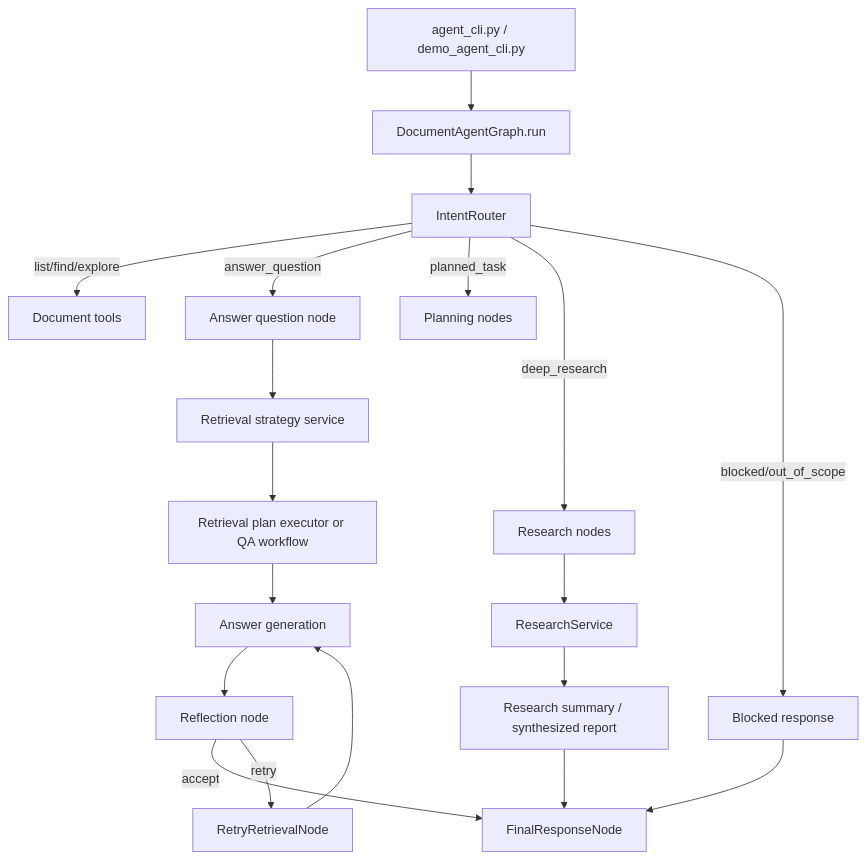
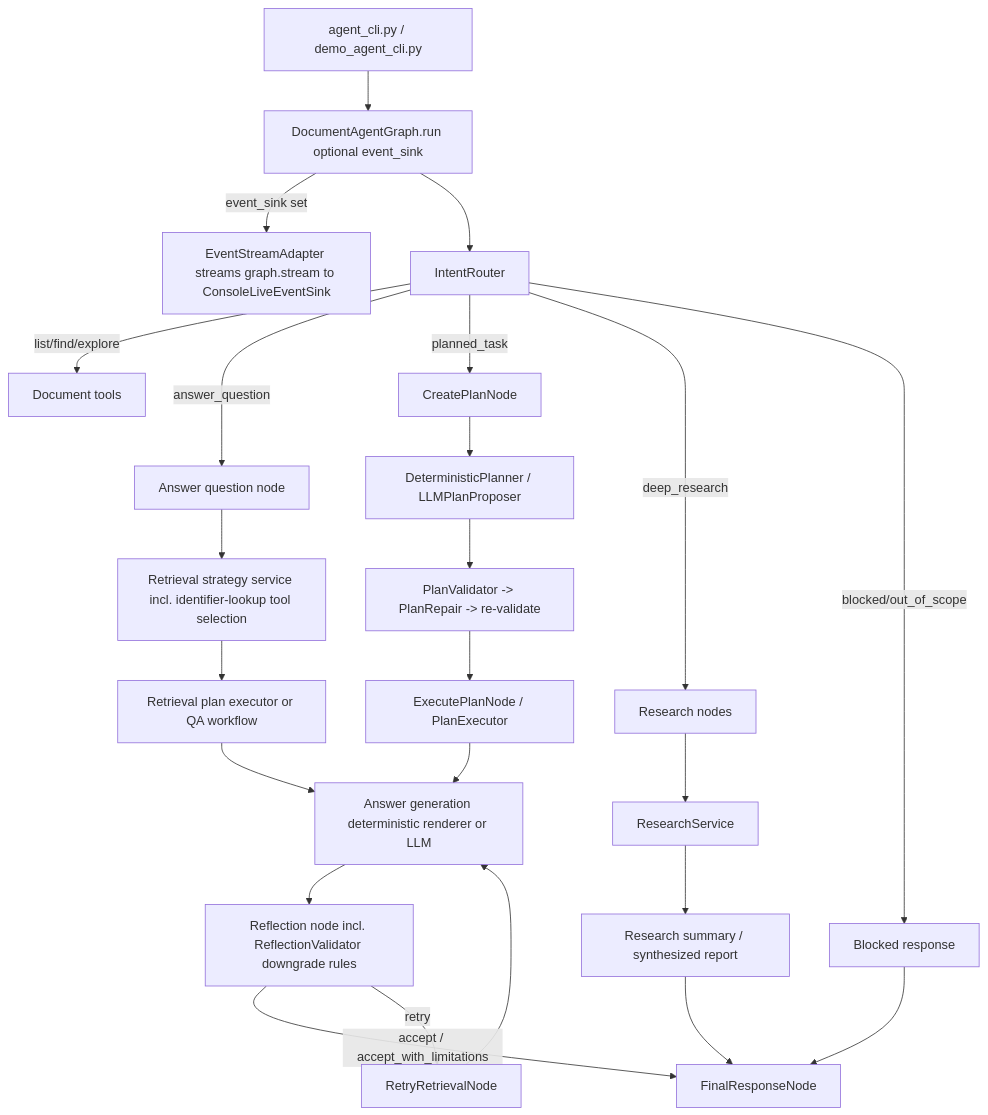
Before and after one commit to Ashu-NT/document-ai-assistant: the third of 4 diagrams in outputs/architecture/current_agent_flow_report.md, drawn with Mermaid. The commit also changed other lines of this file, not shown here.

````diff
--- a/outputs/architecture/current_agent_flow_report.md
+++ b/outputs/architecture/current_agent_flow_report.md
@@ -1571,21 +1797,26 @@
 ```mermaid
 flowchart TD
-    A[agent_cli.py / demo_agent_cli.py] --> B[DocumentAgentGraph.run]
+    A[agent_cli.py / demo_agent_cli.py] --> B[DocumentAgentGraph.run optional event_sink]
+    B -->|event_sink set| B1[EventStreamAdapter streams graph.stream to ConsoleLiveEventSink]
     B --> C[IntentRouter]
     C -->|list/find/explore| D[Document tools]
     C -->|answer_question| E[Answer question node]
-    C -->|planned_task| F[Planning nodes]
+    C -->|planned_task| F[CreatePlanNode]
     C -->|deep_research| G[Research nodes]
     C -->|blocked/out_of_scope| H[Blocked response]
-    E --> I[Retrieval strategy service]
+    F --> F1[DeterministicPlanner / LLMPlanProposer]
+    F1 --> F2[PlanValidator -> PlanRepair -> re-validate]
+    F2 --> F3[ExecutePlanNode / PlanExecutor]
+    F3 --> K
+    E --> I[Retrieval strategy service incl. identifier-lookup tool selection]
     I --> J[Retrieval plan executor or QA workflow]
-    J --> K[Answer generation]
-    K --> L[Reflection node]
-    L -->|accept| M[FinalResponseNode]
+    J --> K[Answer generation deterministic renderer or LLM]
+    K --> L[Reflection node incl. ReflectionValidator downgrade rules]
+    L -->|accept / accept_with_limitations| M[FinalResponseNode]
     L -->|retry| N[RetryRetrievalNode]
     N --> K
     G --> O[ResearchService]
     O --> P[Research summary / synthesized report]
     P --> M
     H --> M
 ```
````
